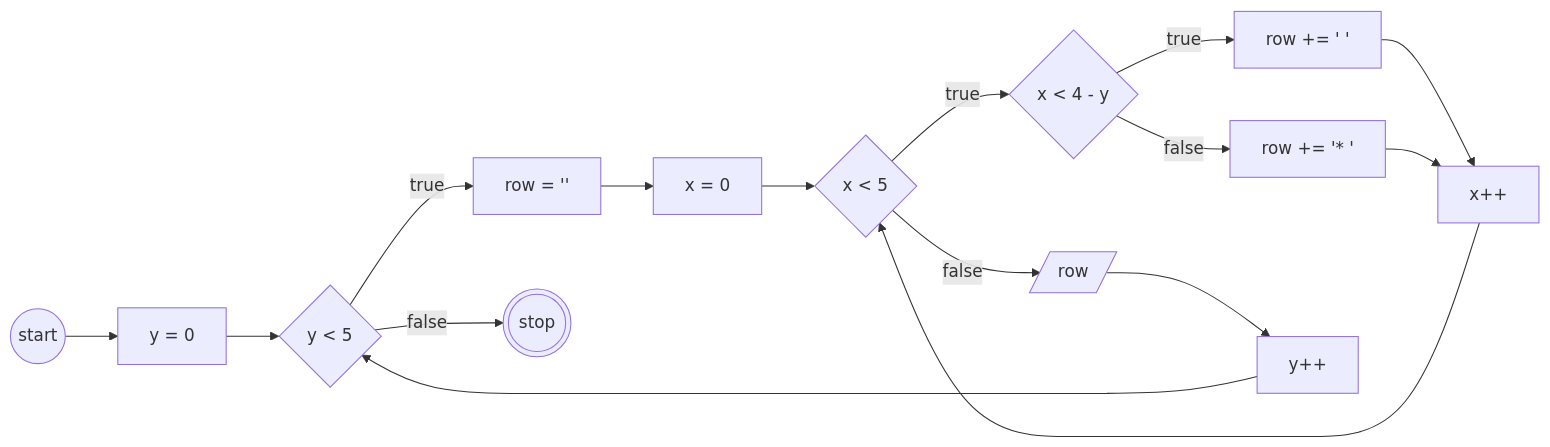
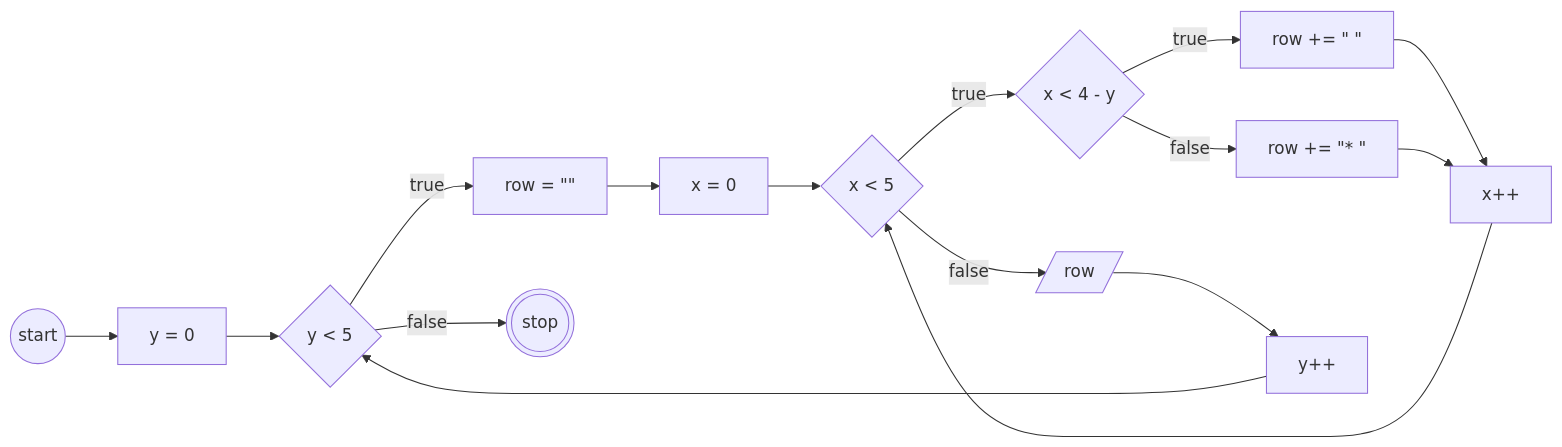
One commit to aldi-ardyansah/koda-b10-javascript3 changed the third of 4 diagrams in README.md. Above: the diagram before and after it, drawn with Mermaid.

Commit message:
Update README.md with JavaScript programs and flowcharts

````diff
--- a/README.md
+++ b/README.md
@@ -95,32 +95,32 @@
 ```mermaid
 flowchart LR
     A((start))
     B[y = 0]
     C{y < 5}
-    D["row = ''"]
+    D["row = &quot;&quot;"]
     E[x = 0]
     F{x < 5}
     G{x < 4 - y}
-    H["row += ' '"]
-    I["row += '* '"]
+    H["row += &quot; &quot;"]
+    I["row += &quot;* &quot;"]
     J[x++]
     K[/row/]
     L[y++]
     Z(((stop)))
 
     A --> B
     B --> C
-    C --true--> D
+    C -- true --> D
     D --> E
     E --> F
-    F --true--> G
-    G --true--> H
-    G --false--> I
+    F -- true --> G
+    G -- true --> H
+    G -- false --> I
     H --> J
     I --> J
     J --> F
-    F --false--> K
+    F -- false --> K
     K --> L
     L --> C
-    C --false--> Z
+    C -- false --> Z
 ```
````
